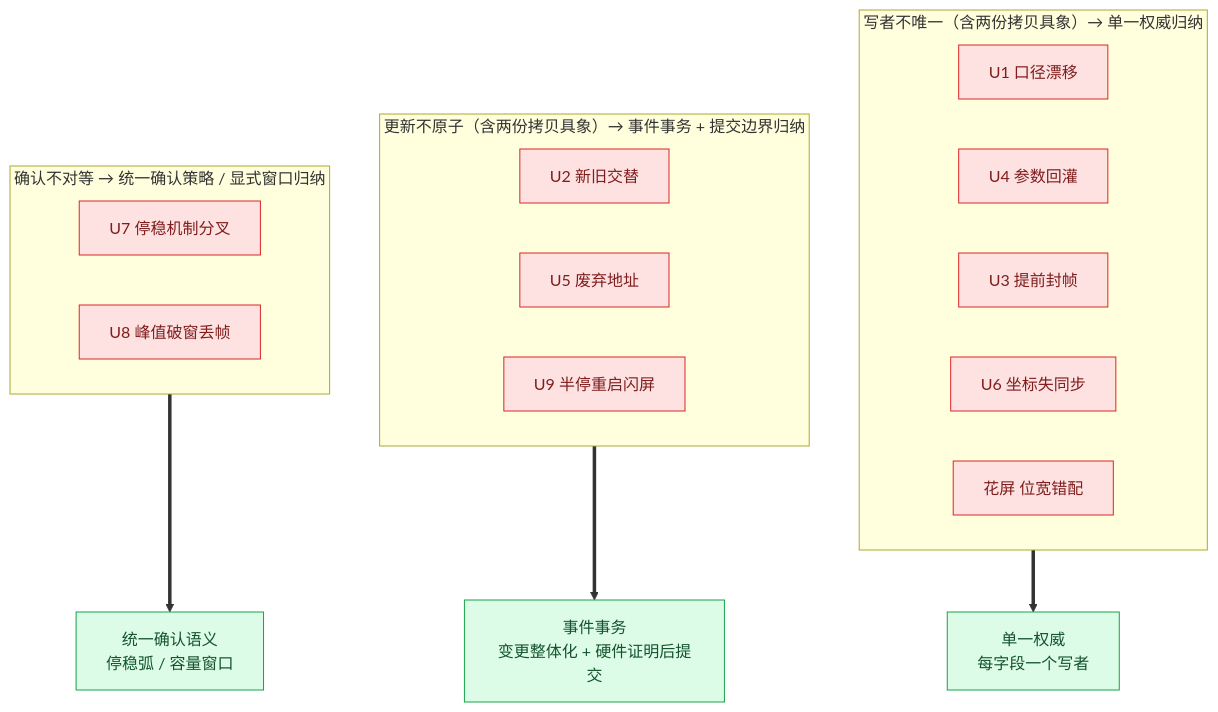
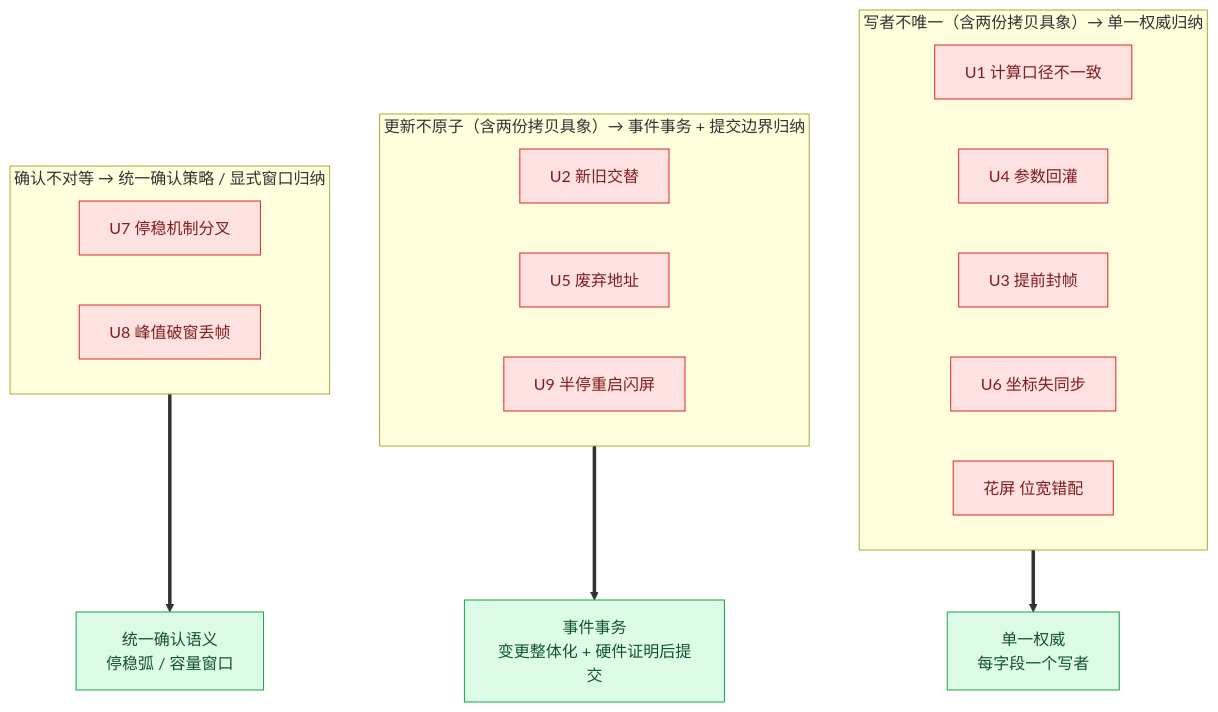
Before and after one commit to DeguiLiu/coact: diagram 12 of 12 in docs/example_ISP_pipeline_design_consistency_avoidance_zh.md, drawn with Mermaid. The commit also changed other lines of this file and 2 other files, not shown here.

````diff
--- a/docs/example_ISP_pipeline_design_consistency_avoidance_zh.md
+++ b/docs/example_ISP_pipeline_design_consistency_avoidance_zh.md
@@ -576,27 +576,27 @@
 ```mermaid
 flowchart TB
     subgraph BYWRITEPATH["写者不唯一（含两份拷贝具象）→ 单一权威归纳"]
-        U1a["U1 口径漂移"]:::bad
+        U1a["U1 计算口径不一致"]:::bad
         U4a["U4 参数回灌"]:::bad
         U3a["U3 提前封帧"]:::bad
         U6a["U6 坐标失同步"]:::bad
         GA["花屏 位宽错配"]:::bad
     end
     subgraph BYPROPAGATION["更新不原子（含两份拷贝具象）→ 事件事务 + 提交边界归纳"]
         U2a["U2 新旧交替"]:::bad
         U5a["U5 废弃地址"]:::bad
         U9a["U9 半停重启闪屏"]:::bad
     end
     subgraph BYCONFIRM["确认不对等 → 统一确认策略 / 显式窗口归纳"]
         U7a["U7 停稳机制分叉"]:::bad
         U8a["U8 峰值破窗丢帧"]:::bad
     end
     A1["单一权威<br/>每字段一个写者"]:::ok
     A2["事件事务<br/>变更整体化 + 硬件证明后提交"]:::ok
     A3["统一确认语义<br/>停稳弧 / 容量窗口"]:::ok
     BYWRITEPATH ==> A1
     BYPROPAGATION ==> A2
     BYCONFIRM ==> A3
     classDef bad fill:#fee2e2,stroke:#dc2626,color:#7f1d1d
     classDef ok fill:#dcfce7,stroke:#16a34a,color:#14532d
 ```
````
